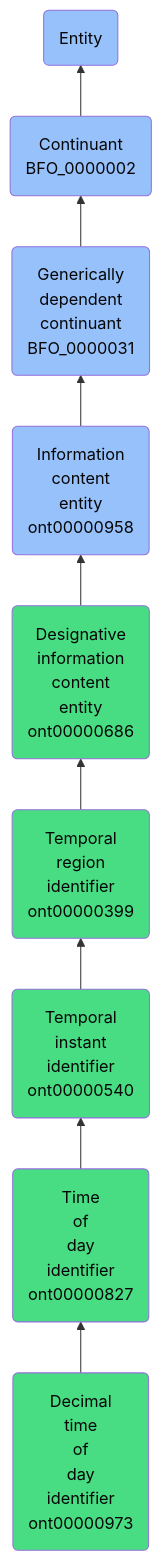
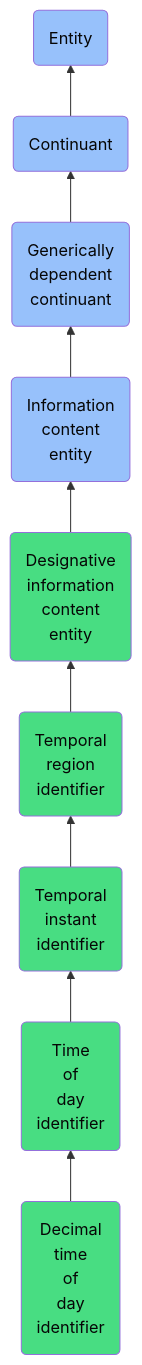
The diagram in docs/ontology/reference/model/Entity/Continuant/Generically dependent continuant/Information content entity/Designative information content entity/Temporal region identifier/Temporal instant identifier/Time of day identifier/Decimal time of day identifier/Decimal time of day identifier.md (jupyter-naas/abi), drawn with Mermaid before and after one commit. The commit also changed other lines of this file and 1430 other files, not shown here.

````diff
--- a/docs/ontology/reference/model/Entity/Continuant/Generically dependent continuant/Information content entity/Designative information content entity/Temporal region identifier/Temporal instant identifier/Time of day identifier/Decimal time of day identifier/Decimal time of day identifier.md
+++ b/docs/ontology/reference/model/Entity/Continuant/Generically dependent continuant/Information content entity/Designative information content entity/Temporal region identifier/Temporal instant identifier/Time of day identifier/Decimal time of day identifier/Decimal time of day identifier.md
@@ -24,16 +24,16 @@
 ```mermaid
 graph BT
-    ont00000973(Decimal<br>time<br>of<br>day<br>identifier<br>ont00000973):::ABI-->ont00000827
-    ont00000827(Time<br>of<br>day<br>identifier<br>ont00000827):::ABI-->ont00000540
-    ont00000540(Temporal<br>instant<br>identifier<br>ont00000540):::ABI-->ont00000399
-    ont00000399(Temporal<br>region<br>identifier<br>ont00000399):::ABI-->ont00000686
-    ont00000686(Designative<br>information<br>content<br>entity<br>ont00000686):::ABI-->ont00000958
-    ont00000958(Information<br>content<br>entity<br>ont00000958):::BFO-->BFO_0000031
-    BFO_0000031(Generically<br>dependent<br>continuant<br>BFO_0000031):::BFO-->BFO_0000002
-    BFO_0000002(Continuant<br>BFO_0000002):::BFO-->BFO_0000001
+    ont00000973(Decimal<br>time<br>of<br>day<br>identifier):::ABI-->ont00000827
+    ont00000827(Time<br>of<br>day<br>identifier):::ABI-->ont00000540
+    ont00000540(Temporal<br>instant<br>identifier):::ABI-->ont00000399
+    ont00000399(Temporal<br>region<br>identifier):::ABI-->ont00000686
+    ont00000686(Designative<br>information<br>content<br>entity):::ABI-->ont00000958
+    ont00000958(Information<br>content<br>entity):::BFO-->BFO_0000031
+    BFO_0000031(Generically<br>dependent<br>continuant):::BFO-->BFO_0000002
+    BFO_0000002(Continuant):::BFO-->BFO_0000001
     BFO_0000001(Entity):::BFO
     
     classDef BFO fill:#97c1fb,color:#060606
     classDef CCO fill:#e4c51e,color:#060606
     classDef ABI fill:#48DD82,color:#060606
 ```
````
